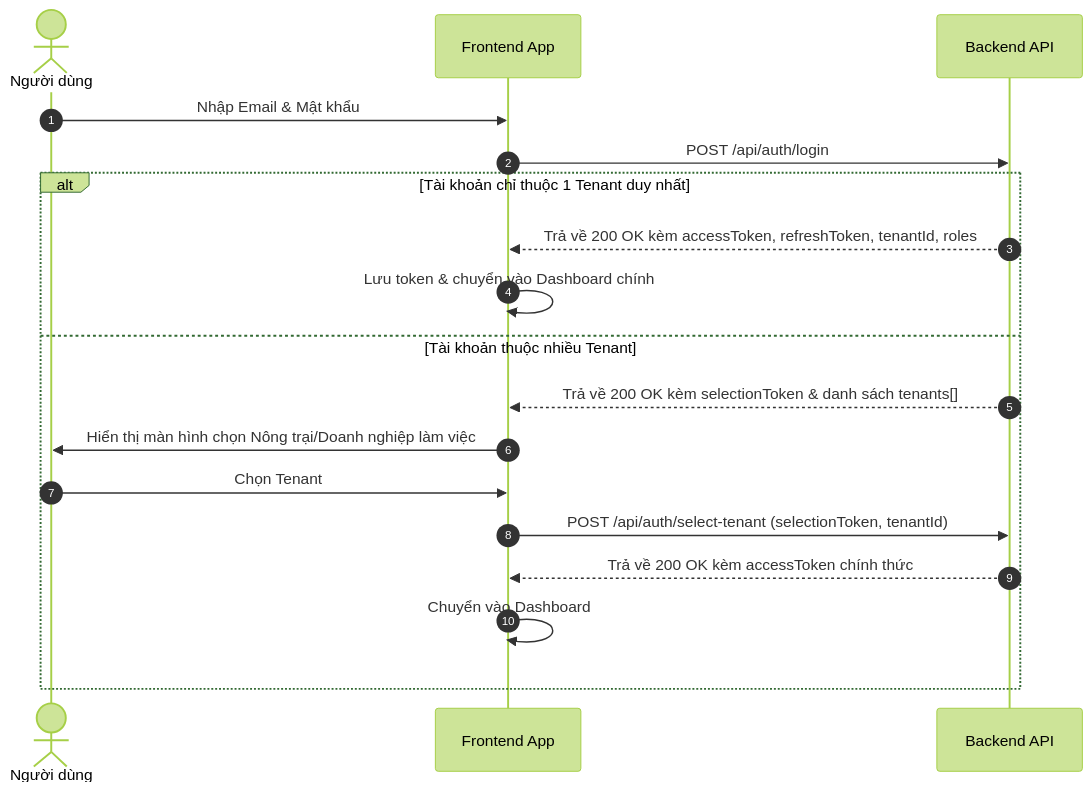
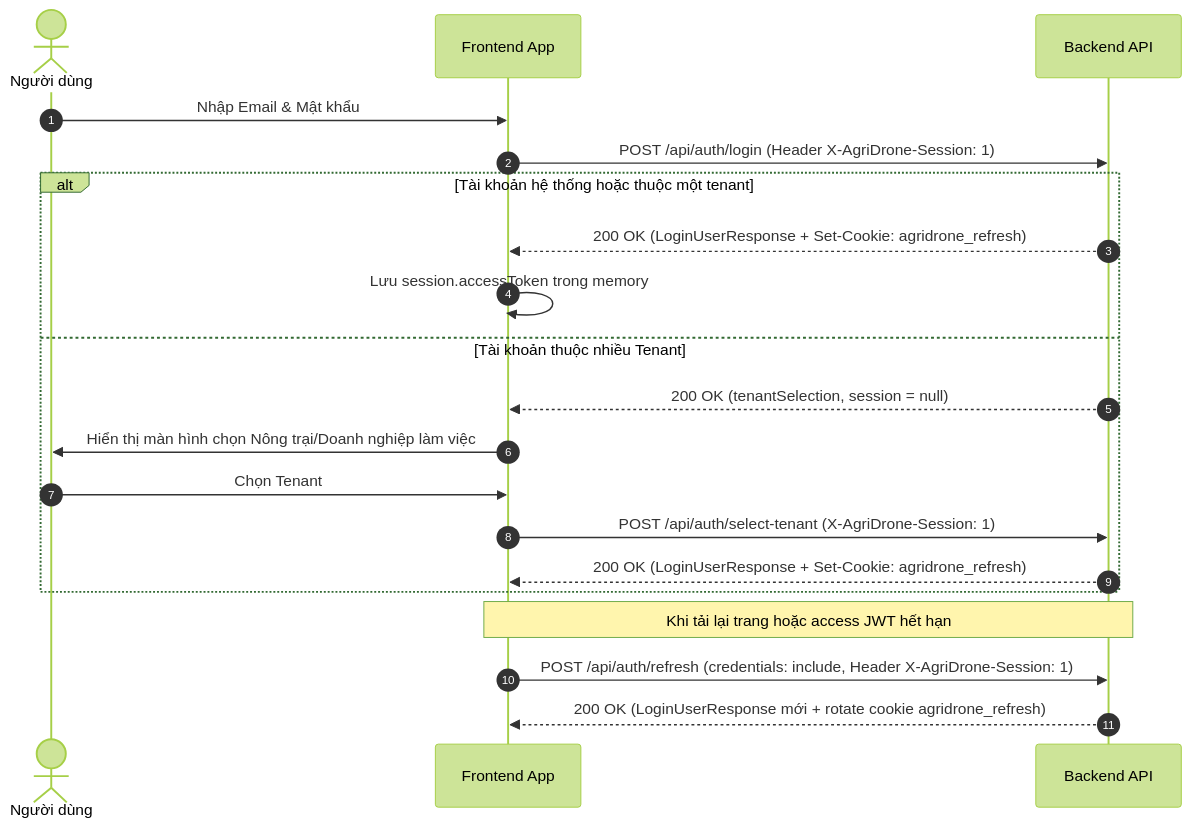
The diagram in docs/DEPLOYED_API_FRONTEND_GUIDE.md (truonghoanglong214/AgriDrone-BE), drawn with Mermaid (forest theme) before and after one commit. The commit also changed other lines of this file and 137 other files, not shown here.

Commit message:
feat: finalize V3 invoice settlement groundwork and auth refresh

````diff
--- a/docs/DEPLOYED_API_FRONTEND_GUIDE.md
+++ b/docs/DEPLOYED_API_FRONTEND_GUIDE.md
@@ -86,21 +91,23 @@
 ```mermaid
 sequenceDiagram
     autonumber
     actor User as Người dùng
     participant FE as Frontend App
     participant BE as Backend API
 
     User->>FE: Nhập Email & Mật khẩu
-    FE->>BE: POST /api/auth/login
-    alt Tài khoản chỉ thuộc 1 Tenant duy nhất
-        BE-->>FE: Trả về 200 OK kèm accessToken, refreshToken, tenantId, roles
-        FE->>FE: Lưu token & chuyển vào Dashboard chính
+    FE->>BE: POST /api/auth/login (Header X-AgriDrone-Session: 1)
+    alt Tài khoản hệ thống hoặc thuộc một tenant
+        BE-->>FE: 200 OK (LoginUserResponse + Set-Cookie: agridrone_refresh)
+        FE->>FE: Lưu session.accessToken trong memory
     else Tài khoản thuộc nhiều Tenant
-        BE-->>FE: Trả về 200 OK kèm selectionToken & danh sách tenants[]
+        BE-->>FE: 200 OK (tenantSelection, session = null)
         FE->>User: Hiển thị màn hình chọn Nông trại/Doanh nghiệp làm việc
         User->>FE: Chọn Tenant
-        FE->>BE: POST /api/auth/select-tenant (selectionToken, tenantId)
-        BE-->>FE: Trả về 200 OK kèm accessToken chính thức
-        FE->>FE: Chuyển vào Dashboard
+        FE->>BE: POST /api/auth/select-tenant (X-AgriDrone-Session: 1)
+        BE-->>FE: 200 OK (LoginUserResponse + Set-Cookie: agridrone_refresh)
     end
+    Note over FE,BE: Khi tải lại trang hoặc access JWT hết hạn
+    FE->>BE: POST /api/auth/refresh (credentials: include, Header X-AgriDrone-Session: 1)
+    BE-->>FE: 200 OK (LoginUserResponse mới + rotate cookie agridrone_refresh)
 ```
````
